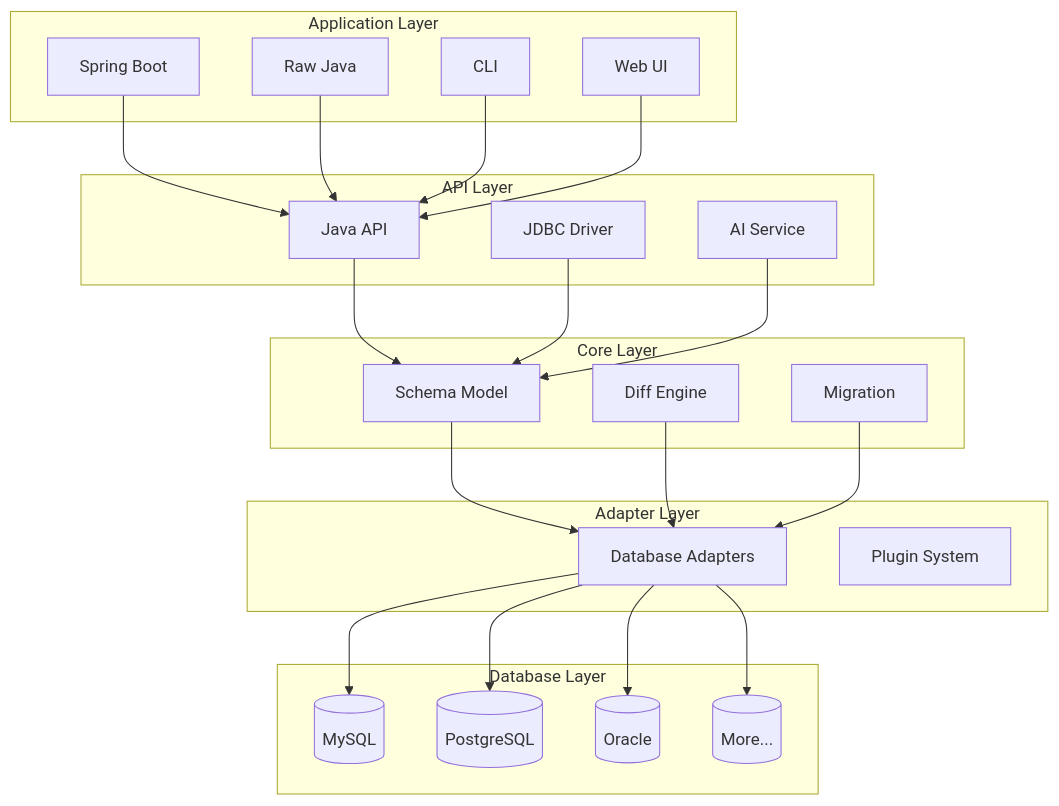
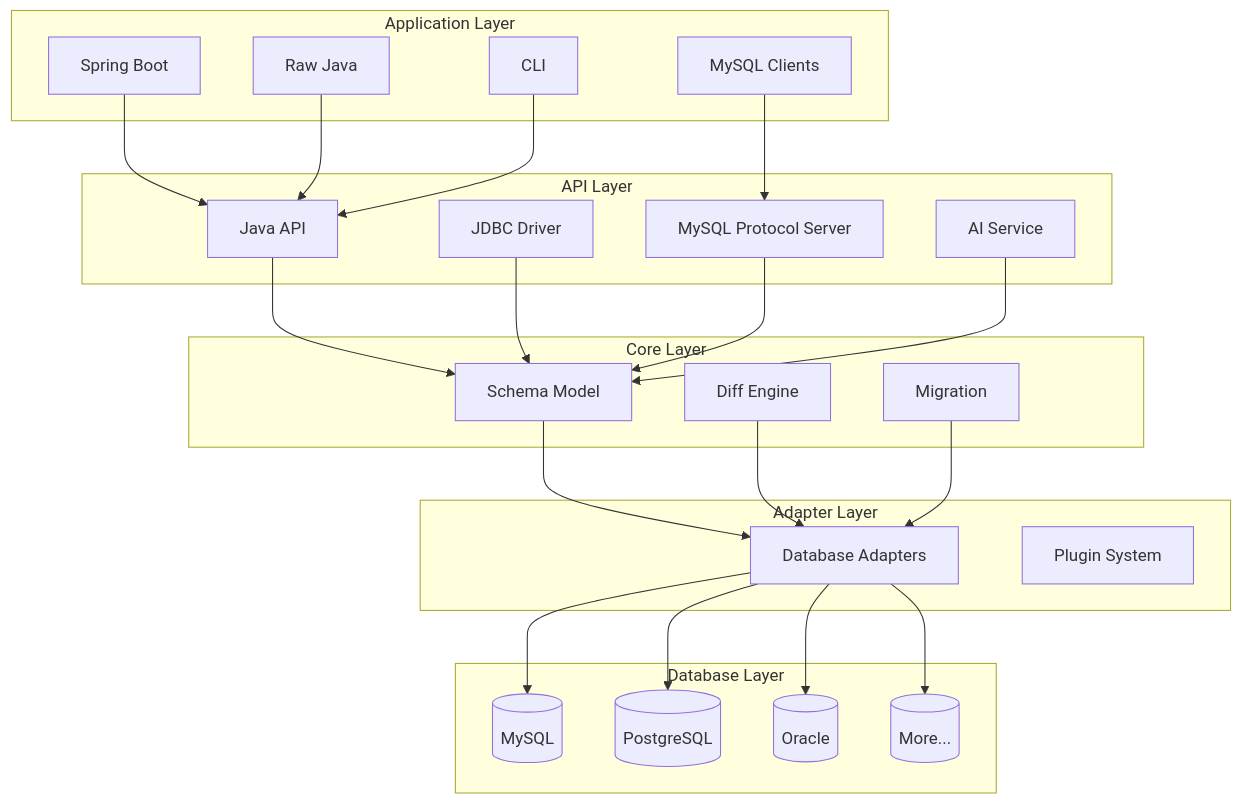
Before and after one commit to windli2018/justdb-docs-internal: the third of 3 diagrams in docs/en/guide/what-is-justdb.md, drawn with Mermaid. The commit also changed 147 other files, not shown here.

````diff
--- a/docs/en/guide/what-is-justdb.md
+++ b/docs/en/guide/what-is-justdb.md
@@ -702,48 +702,50 @@
 ```mermaid
 graph TB
     subgraph "Application Layer"
         A1[Spring Boot]
         A2[Raw Java]
         A3[CLI]
-        A4[Web UI]
+        A4[MySQL Clients]
     end
 
     subgraph "API Layer"
         B1[Java API]
         B2[JDBC Driver]
-        B3[AI Service]
+        B3[MySQL Protocol Server]
+        B4[AI Service]
     end
 
     subgraph "Core Layer"
         C1[Schema Model]
         C2[Diff Engine]
         C3[Migration]
     end
 
     subgraph "Adapter Layer"
         D1[Database Adapters]
         D2[Plugin System]
     end
 
     subgraph "Database Layer"
         E1[(MySQL)]
         E2[(PostgreSQL)]
         E3[(Oracle)]
         E4[(More...)]
     end
 
     A1 --> B1
     A2 --> B1
     A3 --> B1
-    A4 --> B1
+    A4 --> B3
     B1 --> C1
     B2 --> C1
     B3 --> C1
+    B4 --> C1
     C1 --> D1
     C2 --> D1
     C3 --> D1
     D1 --> E1
     D1 --> E2
     D1 --> E3
     D1 --> E4
 ```
````
